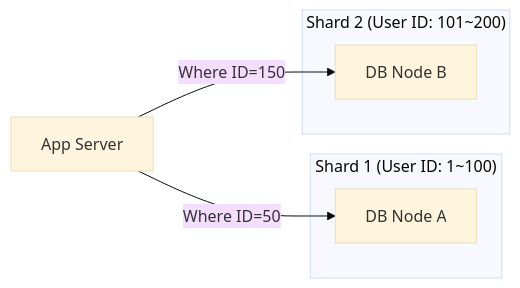
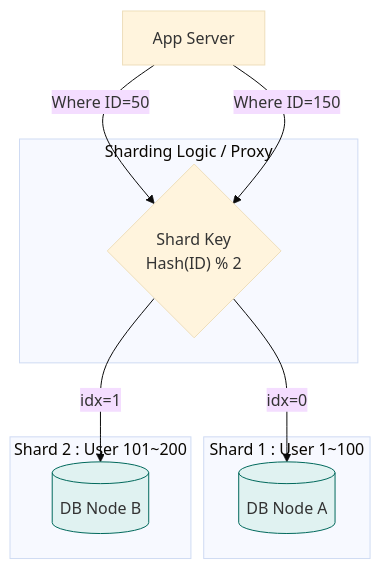
One commit to thseo4813/Study-Notes changed the second of 2 diagrams in 03-database/replication-sharding/README.md. Above: the diagram before and after it, drawn with Mermaid (base theme). The commit also changed other lines of this file and 21 other files, not shown here.

````diff
--- a/03-database/replication-sharding/README.md
+++ b/03-database/replication-sharding/README.md
@@ -209,16 +102,25 @@
 ```mermaid
-graph LR
+graph TB
     App[App Server]
     
-    subgraph "Shard 1 (User ID: 1~100)"
-        DB1[DB Node A]
+    subgraph Router [Sharding Logic / Proxy]
+        Logic{"Shard Key<br/>Hash(ID) % 2"}
+    end
+
+    subgraph Shard_1 [Shard 1 : User 1~100]
+        DB1[("DB Node A")]
     end
     
-    subgraph "Shard 2 (User ID: 101~200)"
-        DB2[DB Node B]
+    subgraph Shard_2 [Shard 2 : User 101~200]
+        DB2[("DB Node B")]
     end
     
-    App -- "Where ID=50" --> DB1
-    App -- "Where ID=150" --> DB2
+    App -->|Where ID=50| Logic
+    App -->|Where ID=150| Logic
+    
+    Logic -->|idx=0| DB1
+    Logic -->|idx=1| DB2
 
+    style DB1 fill:#e0f2f1,stroke:#00695c
+    style DB2 fill:#e0f2f1,stroke:#00695c
 ```
````
